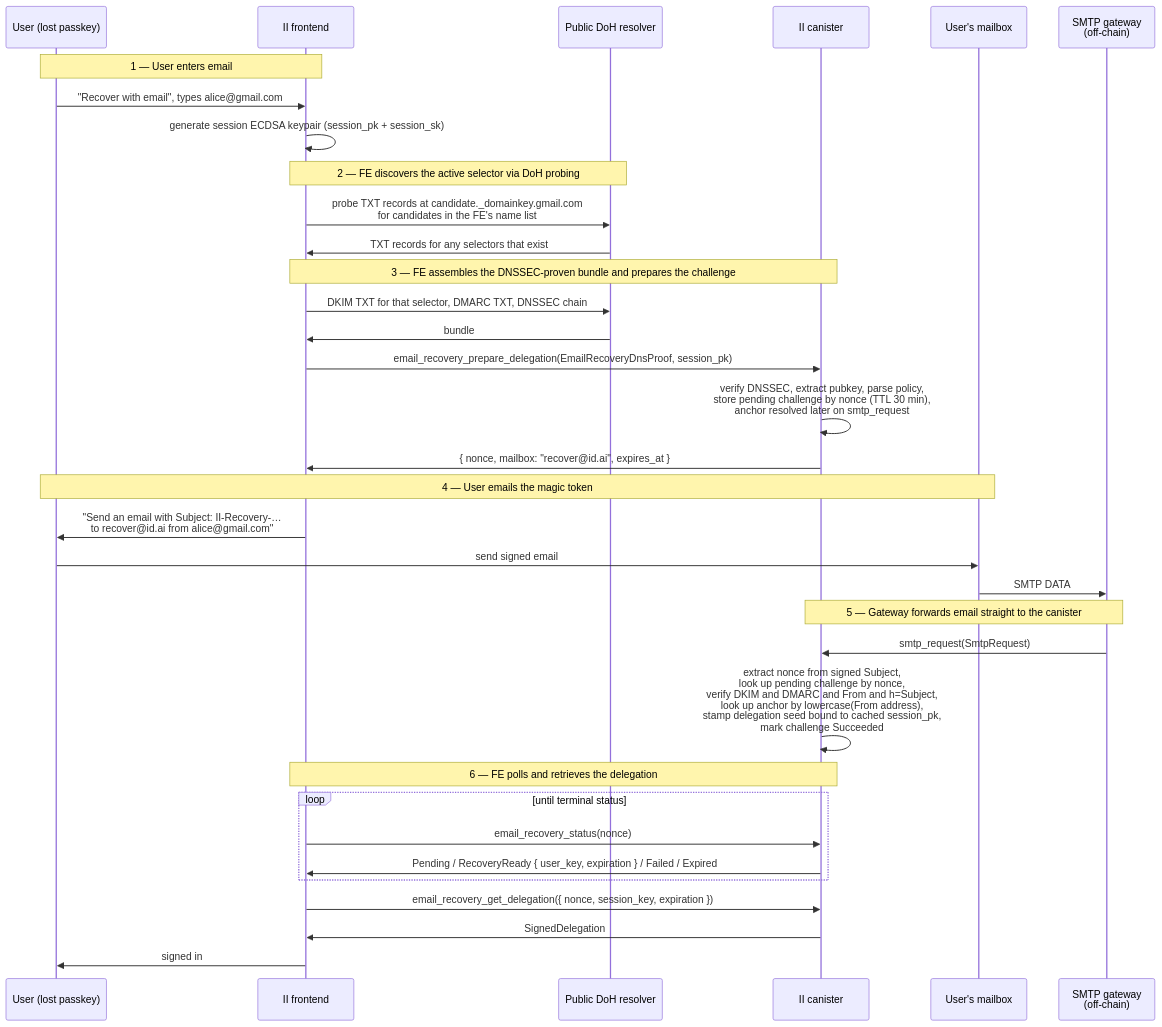
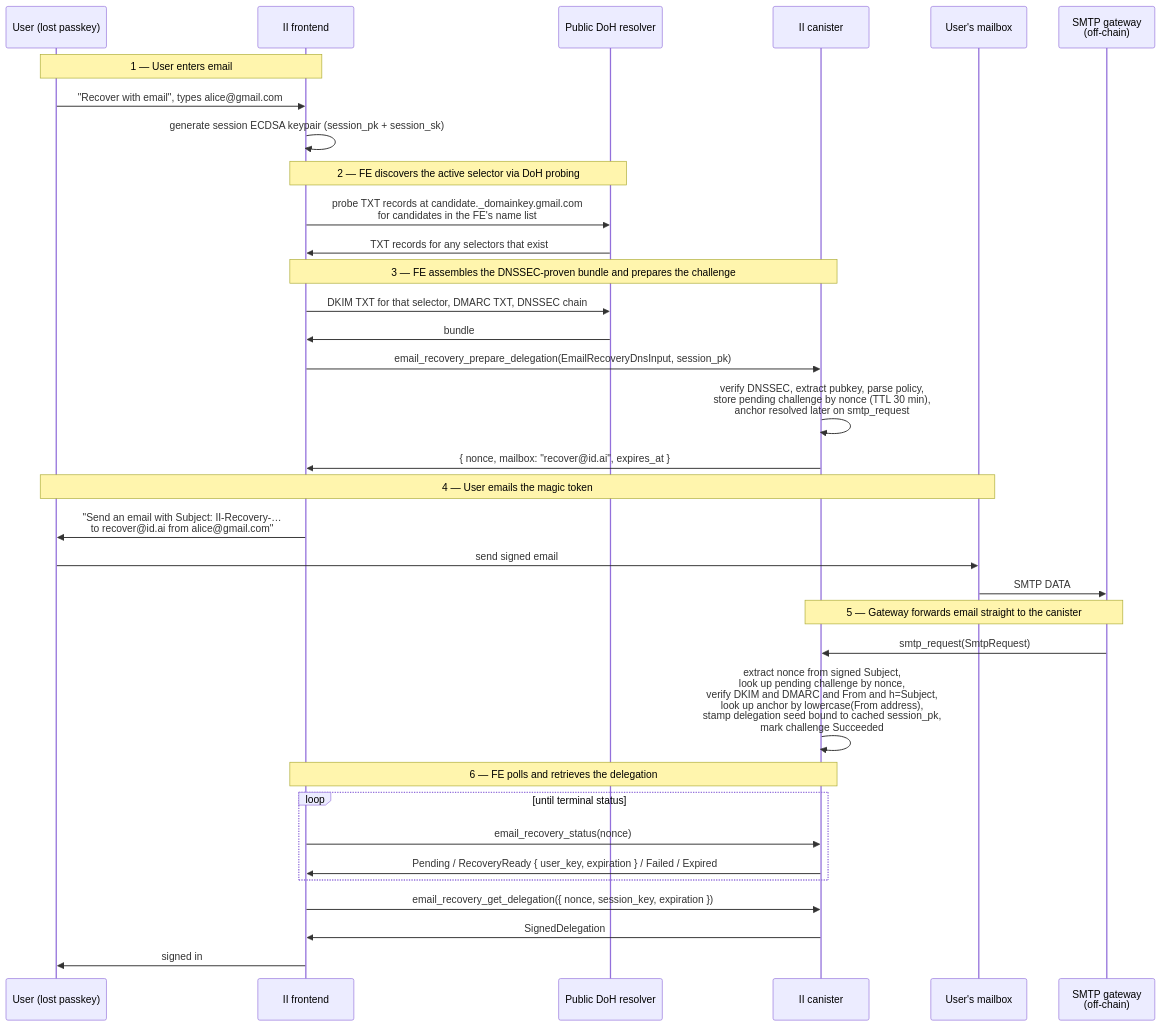
One commit to dfinity/internet-identity changed the third of 3 diagrams in docs/ongoing/email-recovery.md. Above: the diagram before and after it, drawn with Mermaid. The commit also changed other lines of this file, not shown here.

First line of the commit message:
design(email-recovery): DoH fallback path, PRNG nonce, on-anchor credential

````diff
--- a/docs/ongoing/email-recovery.md
+++ b/docs/ongoing/email-recovery.md
@@ -729,42 +775,42 @@
 ```mermaid
 sequenceDiagram
     participant U as User (lost passkey)
     participant FE as II frontend
     participant DNS as Public DoH resolver
     participant II as II canister
     participant Mail as User's mailbox
     participant GW as SMTP gateway<br/>(off-chain)
 
     Note over U,FE: 1 — User enters email
     U->>FE: "Recover with email", types alice@gmail.com
     FE->>FE: generate session ECDSA keypair (session_pk + session_sk)
 
     Note over FE,DNS: 2 — FE discovers the active selector via DoH probing
     FE->>DNS: probe TXT records at candidate._domainkey.gmail.com<br/>for candidates in the FE's name list
     DNS->>FE: TXT records for any selectors that exist
 
     Note over FE,II: 3 — FE assembles the DNSSEC-proven bundle and prepares the challenge
     FE->>DNS: DKIM TXT for that selector, DMARC TXT, DNSSEC chain
     DNS->>FE: bundle
-    FE->>II: email_recovery_prepare_delegation(EmailRecoveryDnsProof, session_pk)
+    FE->>II: email_recovery_prepare_delegation(EmailRecoveryDnsInput, session_pk)
     II->>II: verify DNSSEC, extract pubkey, parse policy,<br/>store pending challenge by nonce (TTL 30 min),<br/>anchor resolved later on smtp_request
     II->>FE: { nonce, mailbox: "recover@id.ai", expires_at }
 
     Note over U,Mail: 4 — User emails the magic token
     FE->>U: "Send an email with Subject: II-Recovery-…<br/>to recover@id.ai from alice@gmail.com"
     U->>Mail: send signed email
     Mail->>GW: SMTP DATA
 
     Note over GW,II: 5 — Gateway forwards email straight to the canister
     GW->>II: smtp_request(SmtpRequest)
     II->>II: extract nonce from signed Subject,<br/>look up pending challenge by nonce,<br/>verify DKIM and DMARC and From and h=Subject,<br/>look up anchor by lowercase(From address),<br/>stamp delegation seed bound to cached session_pk,<br/>mark challenge Succeeded
 
     Note over FE,II: 6 — FE polls and retrieves the delegation
     loop until terminal status
         FE->>II: email_recovery_status(nonce)
         II->>FE: Pending / RecoveryReady { user_key, expiration } / Failed / Expired
     end
     FE->>II: email_recovery_get_delegation({ nonce, session_key, expiration })
     II->>FE: SignedDelegation
     FE->>U: signed in
 ```
````
